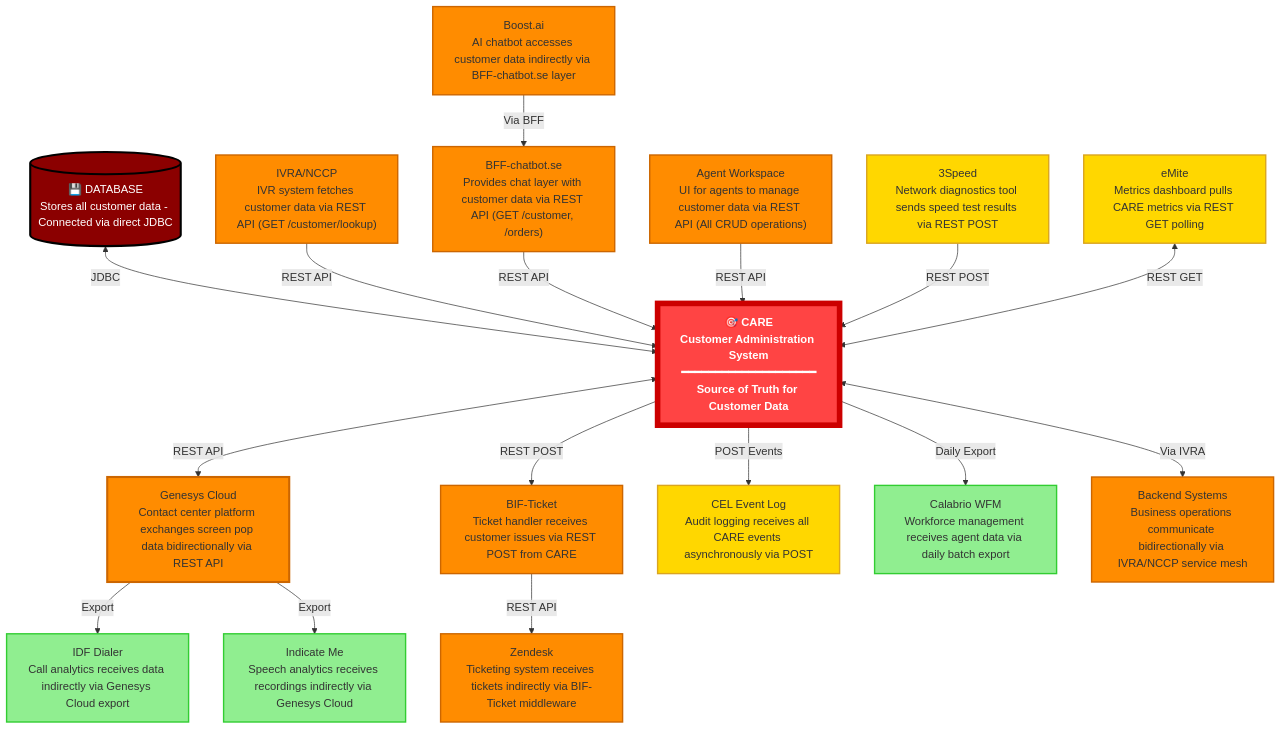
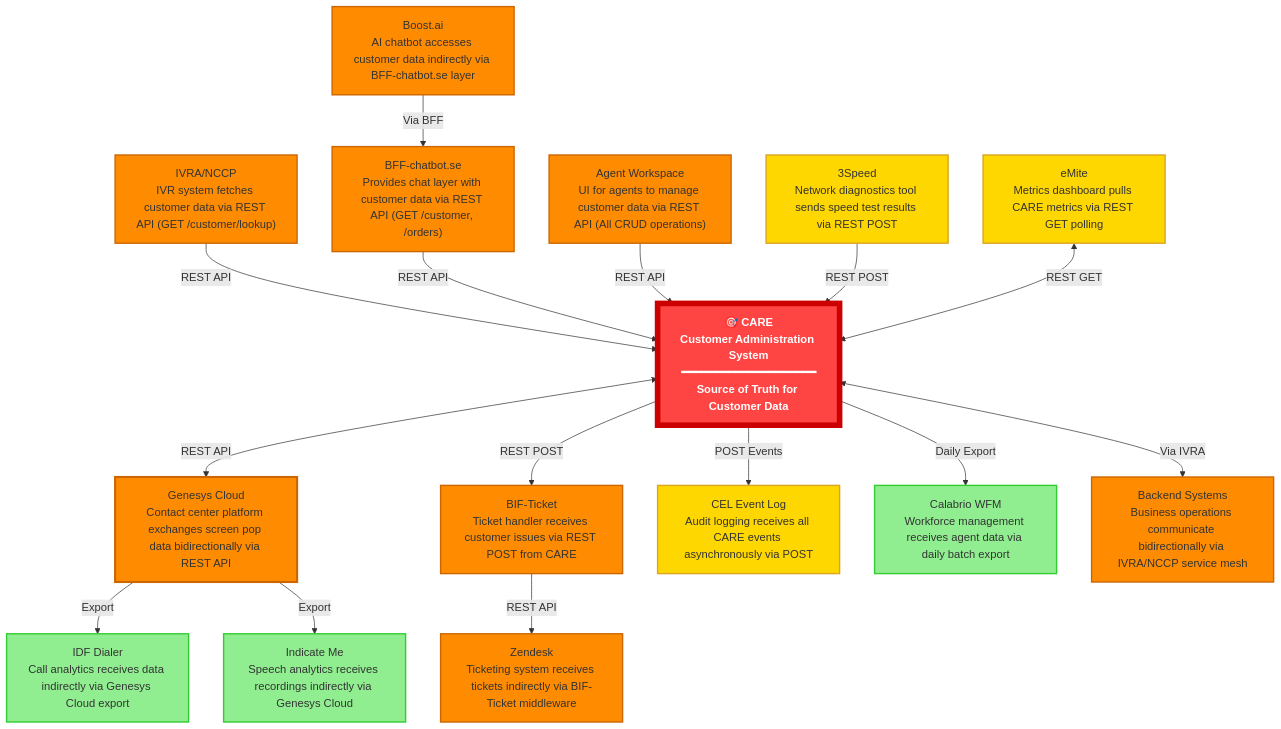
One commit to gill001-Tre/CCT-apps-understanding-document changed the first of 7 diagrams in CCT-apps-description/CARE/integration-details/README.md. Above: the diagram before and after it, drawn with Mermaid. The commit also changed other lines of this file, not shown here.

Commit message:
Remove database from 360 integration diagram - focus on external integrations only

````diff
--- a/CCT-apps-description/CARE/integration-details/README.md
+++ b/CCT-apps-description/CARE/integration-details/README.md
@@ -20,76 +20,70 @@
 ```mermaid
 graph TD
     CARE["🎯 CARE<br/>Customer Administration System<br/>━━━━━━━━━━━━━━━━━━━━<br/>Source of Truth for Customer Data"]
-    
-    %% DATABASE
-    DB[("💾 DATABASE<br/>Stores all customer data - Connected via direct JDBC")]
     
     %% INBOUND INTEGRATIONS
     IVRA["IVRA/NCCP<br/>IVR system fetches customer data via REST API (GET /customer/lookup)"]
     
     BFF["BFF-chatbot.se<br/>Provides chat layer with customer data via REST API (GET /customer, /orders)"]
     
     Genesys["Genesys Cloud<br/>Contact center platform exchanges screen pop data bidirectionally via REST API"]
     
     Agent["Agent Workspace<br/>UI for agents to manage customer data via REST API (All CRUD operations)"]
     
     Boost["Boost.ai<br/>AI chatbot accesses customer data indirectly via BFF-chatbot.se layer"]
     
     Speed["3Speed<br/>Network diagnostics tool sends speed test results via REST POST"]
     
     Emite["eMite<br/>Metrics dashboard pulls CARE metrics via REST GET polling"]
     
     %% OUTBOUND INTEGRATIONS
     BIF["BIF-Ticket<br/>Ticket handler receives customer issues via REST POST from CARE"]
     
     Zendesk["Zendesk<br/>Ticketing system receives tickets indirectly via BIF-Ticket middleware"]
     
     CEL["CEL Event Log<br/>Audit logging receives all CARE events asynchronously via POST"]
     
     Calabrio["Calabrio WFM<br/>Workforce management receives agent data via daily batch export"]
     
     IDF["IDF Dialer<br/>Call analytics receives data indirectly via Genesys Cloud export"]
     
     Indicate["Indicate Me<br/>Speech analytics receives recordings indirectly via Genesys Cloud"]
     
     %% BACKEND SYSTEMS
     Backend["Backend Systems<br/>Business operations communicate bidirectionally via IVRA/NCCP service mesh"]
     
     %% CONNECTIONS
-    DB <-->|"JDBC"| CARE
-    
     IVRA -->|"REST API"| CARE
     BFF -->|"REST API"| CARE
     Agent -->|"REST API"| CARE
     Speed -->|"REST POST"| CARE
     Emite <-->|"REST GET"| CARE
     Boost -->|"Via BFF"| BFF
     
     CARE <-->|"REST API"| Genesys
     CARE -->|"REST POST"| BIF
     CARE -->|"POST Events"| CEL
     CARE -->|"Daily Export"| Calabrio
     CARE <-->|"Via IVRA"| Backend
     
     BIF -->|"REST API"| Zendesk
     Genesys -->|"Export"| IDF
     Genesys -->|"Export"| Indicate
     
     %% STYLING
     style CARE fill:#ff4444,stroke:#cc0000,stroke-width:8px,color:#fff,font-weight:bold,font-size:16px
-    style DB fill:#8b0000,stroke:#000,stroke-width:3px,color:#fff
     style Genesys fill:#ff8c00,stroke:#cc6600,stroke-width:3px
     style IVRA fill:#ff8c00,stroke:#cc6600,stroke-width:2px
     style BFF fill:#ff8c00,stroke:#cc6600,stroke-width:2px
     style BIF fill:#ff8c00,stroke:#cc6600,stroke-width:2px
     style Agent fill:#ff8c00,stroke:#cc6600,stroke-width:2px
     style Backend fill:#ff8c00,stroke:#cc6600,stroke-width:2px
     style Boost fill:#ff8c00,stroke:#cc6600,stroke-width:2px
     style Zendesk fill:#ff8c00,stroke:#cc6600,stroke-width:2px
     style Speed fill:#ffd700,stroke:#daa520,stroke-width:2px
     style Emite fill:#ffd700,stroke:#daa520,stroke-width:2px
     style CEL fill:#ffd700,stroke:#daa520,stroke-width:2px
     style Calabrio fill:#90ee90,stroke:#32cd32,stroke-width:2px
     style IDF fill:#90ee90,stroke:#32cd32,stroke-width:2px
     style Indicate fill:#90ee90,stroke:#32cd32,stroke-width:2px
 ```
````
